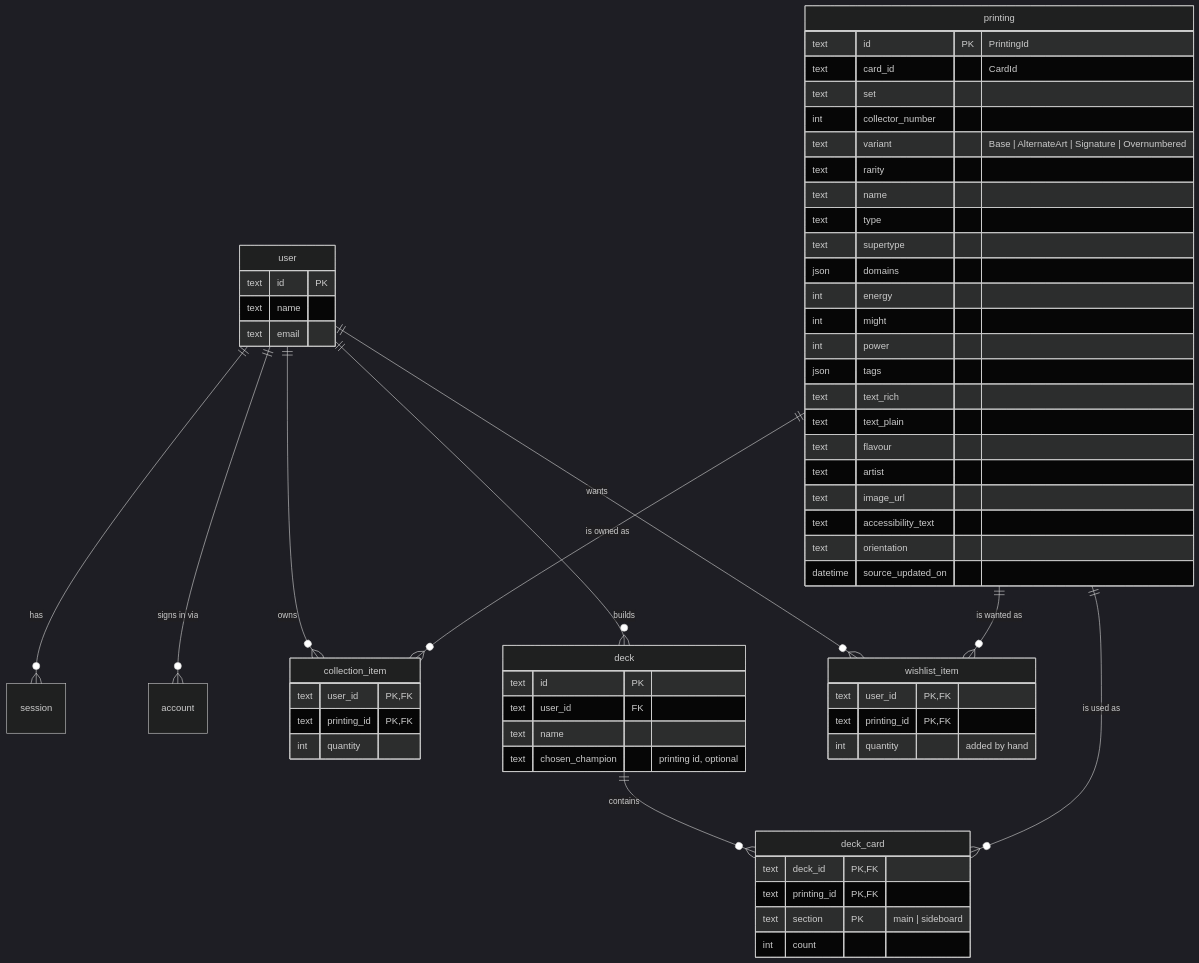
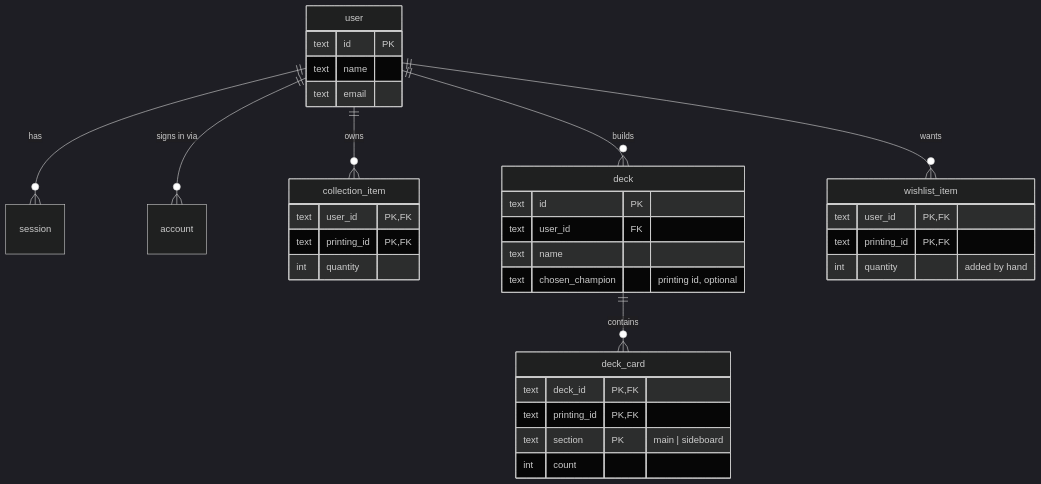
Before and after one commit to NichAnti/runebinder: the first of 7 diagrams in docs/03-data-and-flows.md, drawn with Mermaid (dark theme). The commit also changed other lines of this file and 12 other files, not shown here.

Commit message:
Build the committed card catalogue from a swappable source

````diff
--- a/docs/03-data-and-flows.md
+++ b/docs/03-data-and-flows.md
@@ -20,64 +20,37 @@
 ```mermaid
 erDiagram
   user ||--o{ session : has
   user ||--o{ account : "signs in via"
   user ||--o{ collection_item : owns
   user ||--o{ deck : builds
   deck ||--o{ deck_card : contains
   user ||--o{ wishlist_item : wants
-  printing ||--o{ collection_item : "is owned as"
-  printing ||--o{ deck_card : "is used as"
-  printing ||--o{ wishlist_item : "is wanted as"
 
-  printing {
-    text id PK "PrintingId"
-    text card_id "CardId"
-    text set
-    int collector_number
-    text variant "Base | AlternateArt | Signature | Overnumbered"
-    text rarity
-    text name
-    text type
-    text supertype
-    json domains
-    int energy
-    int might
-    int power
-    json tags
-    text text_rich
-    text text_plain
-    text flavour
-    text artist
-    text image_url
-    text accessibility_text
-    text orientation
-    datetime source_updated_on
-  }
   user {
     text id PK
     text name
     text email
   }
   collection_item {
     text user_id PK, FK
     text printing_id PK, FK
     int quantity
   }
   deck {
     text id PK
     text user_id FK
     text name
     text chosen_champion "printing id, optional"
   }
   deck_card {
     text deck_id PK, FK
     text printing_id PK, FK
     text section PK "main | sideboard"
     int count
   }
   wishlist_item {
     text user_id PK, FK
     text printing_id PK, FK
     int quantity "added by hand"
   }
 ```
````
